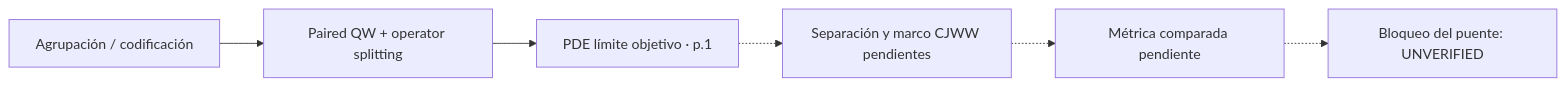
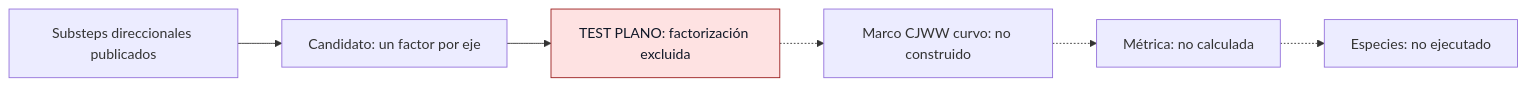
The diagram in docs/family_atlas/families/F5_arrighi_facchini_bridge.md (nacho09021973/qca-causal-cones), drawn with Mermaid before and after one commit. The commit also changed other lines of this file and 12 other files, not shown here.

````diff
--- a/docs/family_atlas/families/F5_arrighi_facchini_bridge.md
+++ b/docs/family_atlas/families/F5_arrighi_facchini_bridge.md
@@ -79,8 +89,9 @@
 ```mermaid
 flowchart LR
-  A["Agrupación / codificación"] --> B["Paired QW + operator splitting"]
-  B --> C["PDE límite objetivo · p.1"]
-  C -.-> D["Separación y marco CJWW pendientes"]
-  D -.-> E["Métrica comparada pendiente"]
-  E -.-> F["Bloqueo del puente: UNVERIFIED"]
+  A["Substeps direccionales publicados"] --> B["Candidato: un factor por eje"]
+  B --> C["TEST PLANO: factorización excluida"]
+  C -.-> D["Marco CJWW curvo: no construido"]
+  D -.-> E["Métrica: no calculada"] -.-> F["Especies: no ejecutado"]
+  classDef blocked fill:#fee2e2,stroke:#991b1b,color:#111827;
+  class C blocked;
 ```
````
